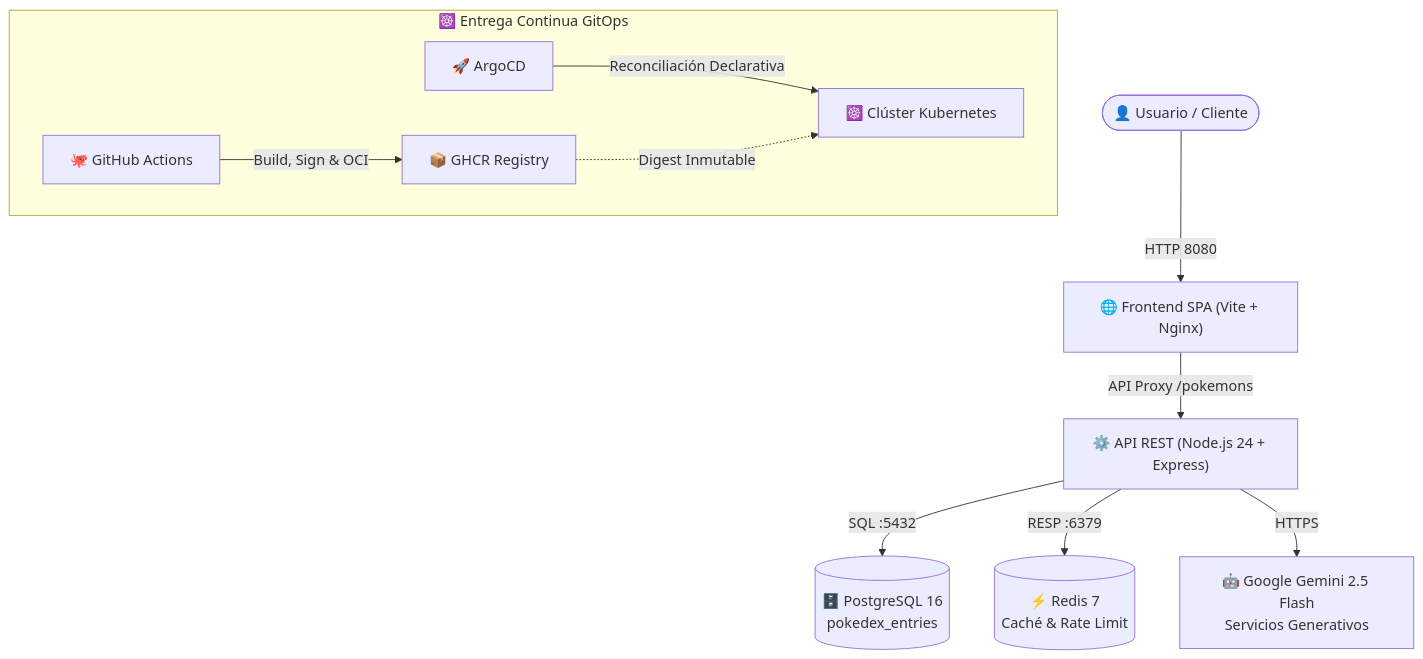
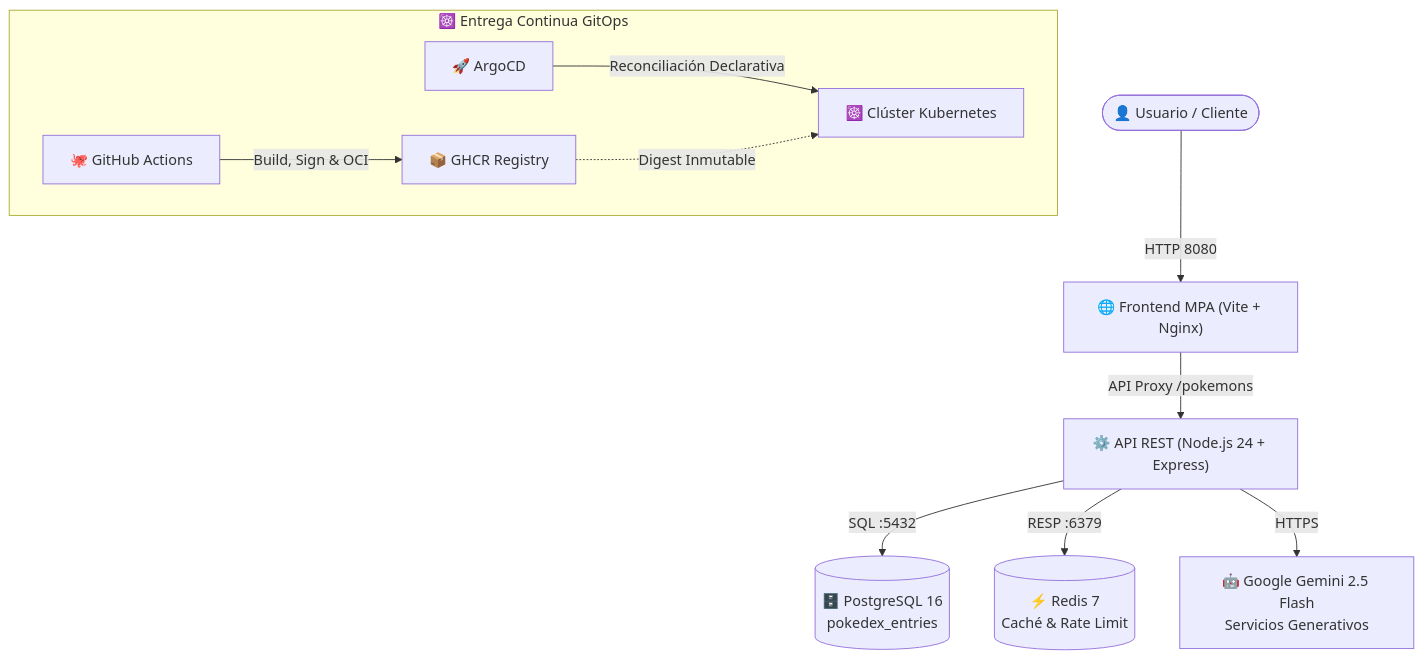
Before and after one commit to rocapellino/pokedex: the diagram in README.md, drawn with Mermaid. The commit also changed other lines of this file and 40 other files, not shown here.

````diff
--- a/README.md
+++ b/README.md
@@ -59,14 +61,14 @@
 ```mermaid
 flowchart TD
-    Client(["👤 Usuario / Cliente"]) -->|HTTP 8080| Web["🌐 Frontend SPA (Vite + Nginx)"]
+    Client(["👤 Usuario / Cliente"]) -->|HTTP 8080| Web["🌐 Frontend MPA (Vite + Nginx)"]
     Web -->|API Proxy /pokemons| API["⚙️ API REST (Node.js 24 + Express)"]
     API -->|SQL :5432| DB[("🗄️ PostgreSQL 16\npokedex_entries")]
     API -->|RESP :6379| Cache[("⚡ Redis 7\nCaché & Rate Limit")]
     API -->|HTTPS| AI["🤖 Google Gemini 2.5 Flash\nServicios Generativos"]
 
     subgraph GitOps_Flow ["☸️ Entrega Continua GitOps"]
         GHA["🐙 GitHub Actions"] -->|Build, Sign & OCI| GHCR["📦 GHCR Registry"]
         Argo["🚀 ArgoCD"] -->|Reconciliación Declarativa| K8s["☸️ Clúster Kubernetes"]
         GHCR -.->|Digest Inmutable| K8s
     end
 ```
````
